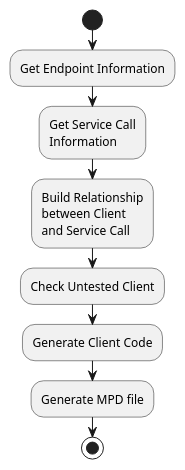
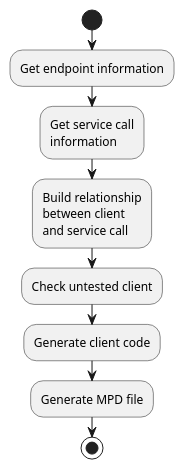
Before and after one commit to b4456609/mgp-back: the diagram in diagram/mca/flow.puml, drawn with PlantUML. The commit also changed 5 other files, not shown here.

Commit message:
change diagram to lower case

```diff
--- a/diagram/mca/flow.puml
+++ b/diagram/mca/flow.puml
@@ -1,13 +1,13 @@
 @startuml
 start
-:Get Endpoint Information;
-:Get Service Call
-Information;
-:Build Relationship
-between Client
-and Service Call;
-:Check Untested Client;
-:Generate Client Code;
+:Get endpoint information;
+:Get service call
+information;
+:Build relationship
+between client
+and service call;
+:Check untested client;
+:Generate client code;
 :Generate MPD file;
 stop
 @enduml
```
